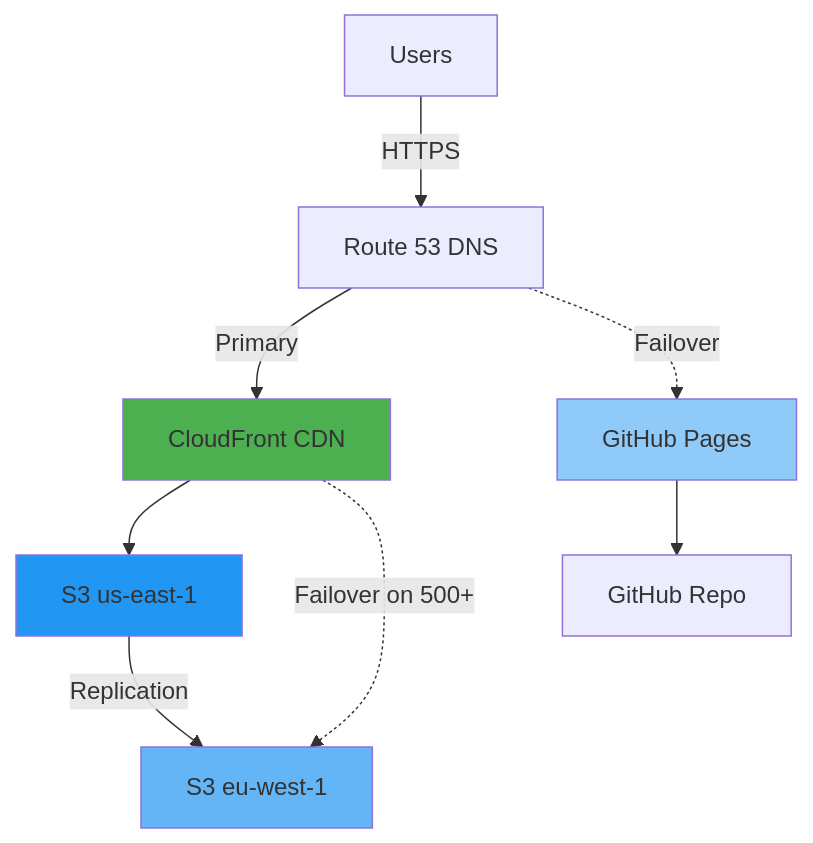
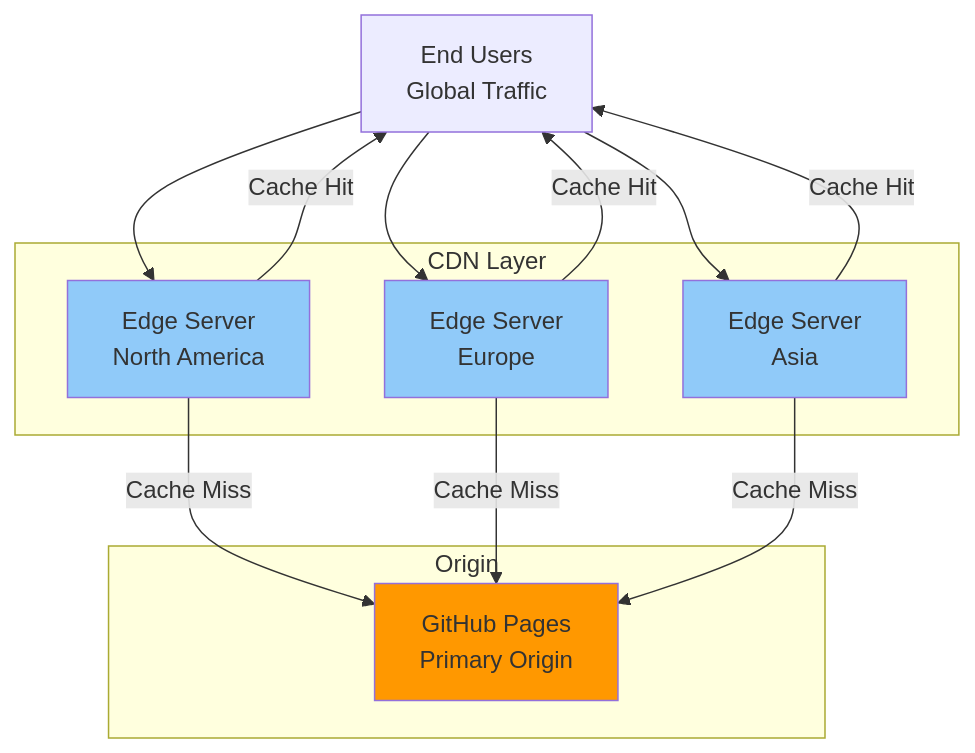
Before and after one commit to Hack23/riksdagsmonitor: the ninth of 11 diagrams in ARCHITECTURE.md, drawn with Mermaid. The commit also changed other lines of this file and 3 other files, not shown here.

Commit message:
Update ARCHITECTURE.md with AWS multi-region deployment details

````diff
--- a/ARCHITECTURE.md
+++ b/ARCHITECTURE.md
@@ -15,17 +423,31 @@
 ```mermaid
 graph TB
-    Users[Users] -->|HTTPS| Route53[Route 53 DNS]
-    Route53 -->|Primary| CF[CloudFront CDN]
-    Route53 -.->|Failover| GH[GitHub Pages]
+    Users[End Users<br/>Global Traffic]
     
-    CF --> S3US[S3 us-east-1]
-    CF -.->|Failover on 500+| S3EU[S3 eu-west-1]
-    S3US -->|Replication| S3EU
+    subgraph "CDN Layer"
+        Edge1[Edge Server<br/>North America]
+        Edge2[Edge Server<br/>Europe]
+        Edge3[Edge Server<br/>Asia]
+    end
     
-    GH --> Repo[GitHub Repo]
+    subgraph "Origin"
+        GitHub[GitHub Pages<br/>Primary Origin]
+    end
     
-    style CF fill:#4caf50
-    style S3US fill:#2196f3
-    style S3EU fill:#64b5f6
-    style GH fill:#90caf9
+    Users --> Edge1
+    Users --> Edge2
+    Users --> Edge3
+    
+    Edge1 -->|Cache Miss| GitHub
+    Edge2 -->|Cache Miss| GitHub
+    Edge3 -->|Cache Miss| GitHub
+    
+    Edge1 -->|Cache Hit| Users
+    Edge2 -->|Cache Hit| Users
+    Edge3 -->|Cache Hit| Users
+    
+    style GitHub fill:#ff9800
+    style Edge1 fill:#90caf9
+    style Edge2 fill:#90caf9
+    style Edge3 fill:#90caf9
 ```
````
